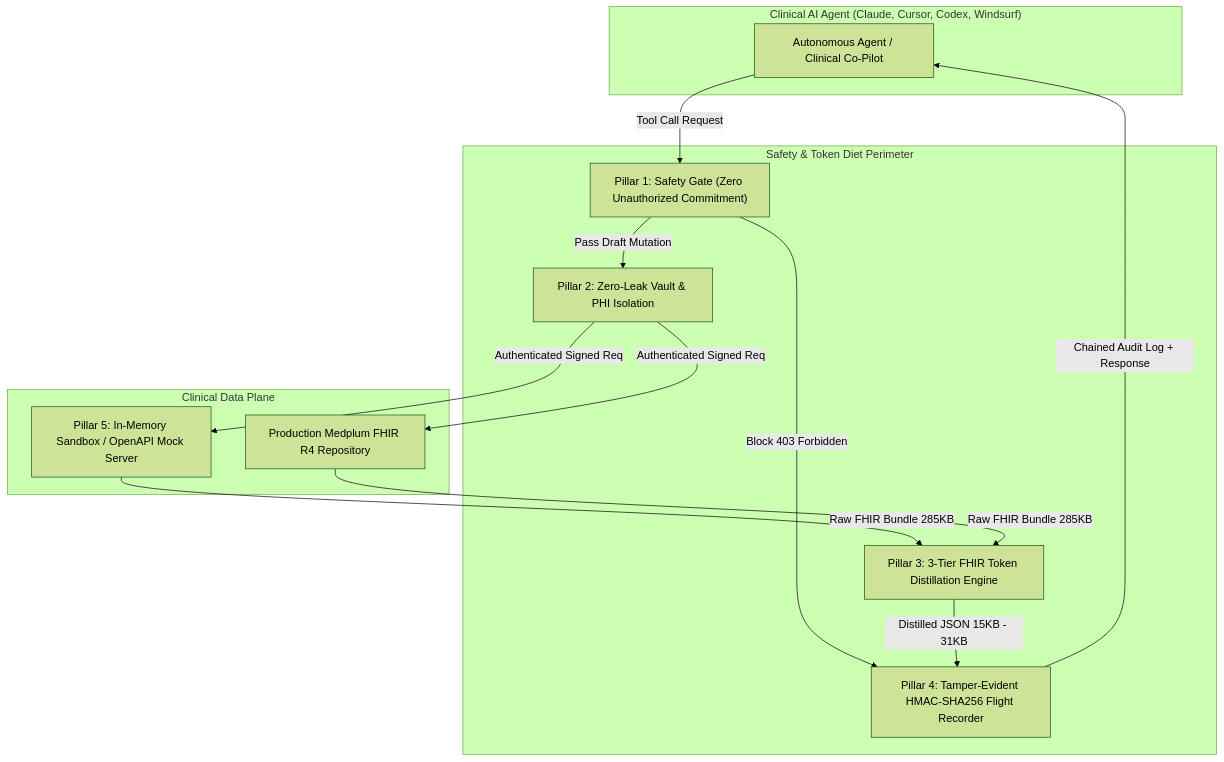
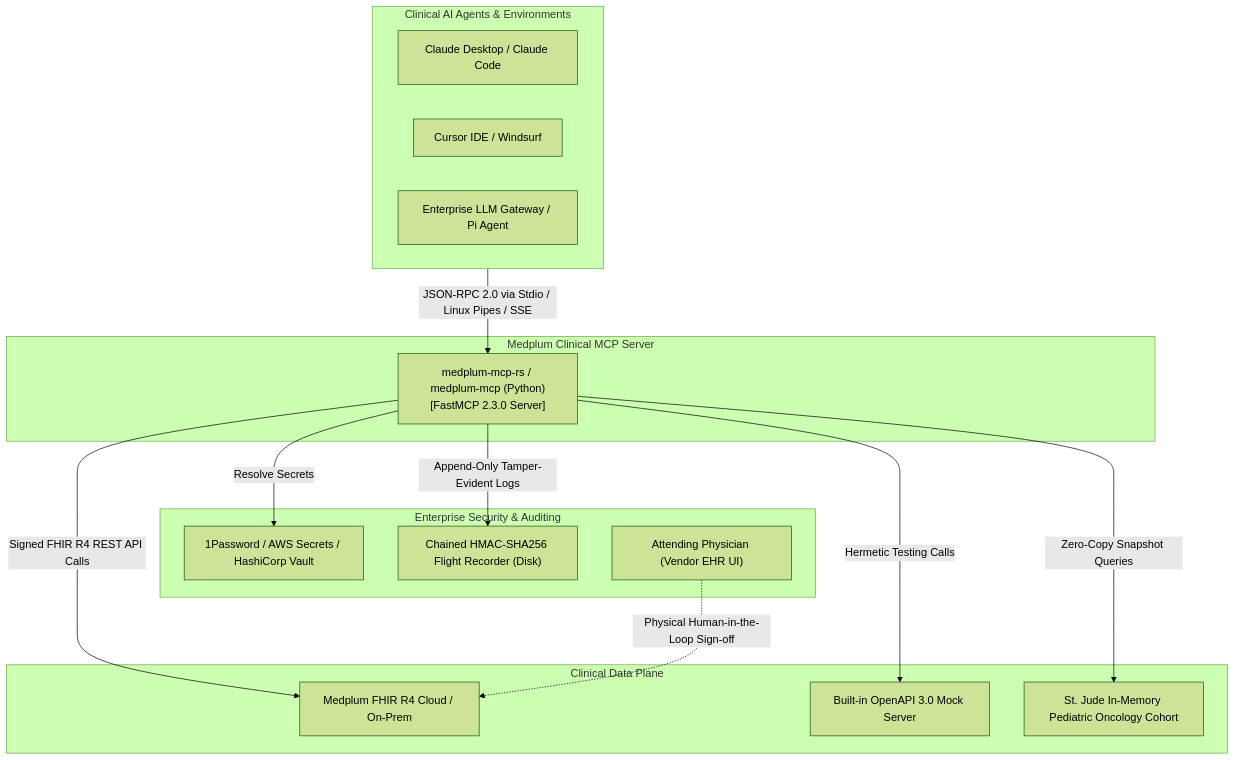
The first of 8 diagrams in docs/ARCHITECTURE.md (LiamDGray/medplum-mcp), drawn with Mermaid (forest theme) before and after one commit. The commit also changed other lines of this file and 3 other files, not shown here.

Commit message:
docs: comprehensive architectural documentation with UML, Mermaid, and ASCII diagrams, 5-tier verification standard, and benchmarks

````diff
--- a/docs/ARCHITECTURE.md
+++ b/docs/ARCHITECTURE.md
@@ -18,28 +27,32 @@
 ```mermaid
 flowchart TD
-    subgraph Client["Clinical AI Agent (Claude, Cursor, Codex, Windsurf)"]
-        Agent[Autonomous Agent / Clinical Co-Pilot]
+    subgraph Clients["Clinical AI Agents & Environments"]
+        AgentClaude["Claude Desktop / Claude Code"]
+        AgentCursor["Cursor IDE / Windsurf"]
+        AgentGateway["Enterprise LLM Gateway / Pi Agent"]
     end
 
-    subgraph Boundary["Safety & Token Diet Perimeter"]
-        Gate["Pillar 1: Safety Gate (Zero Unauthorized Commitment)"]
-        Vault["Pillar 2: Zero-Leak Vault & PHI Isolation"]
-        Distill["Pillar 3: 3-Tier FHIR Token Distillation Engine"]
-        Recorder["Pillar 4: Tamper-Evident HMAC-SHA256 Flight Recorder"]
+    subgraph System["Medplum Clinical MCP Server"]
+        MCP["medplum-mcp-rs / medplum-mcp (Python)\n[FastMCP 2.3.0 Server]"]
     end
 
     subgraph Upstream["Clinical Data Plane"]
-        MockServer["Pillar 5: In-Memory Sandbox / OpenAPI Mock Server"]
-        MedplumCloud["Production Medplum FHIR R4 Repository"]
+        MedplumEHR["Medplum FHIR R4 Cloud / On-Prem"]
+        MockServer["Built-in OpenAPI 3.0 Mock Server"]
+        Sandbox["St. Jude In-Memory Pediatric Oncology Cohort"]
     end
 
-    Agent -->|Tool Call Request| Gate
-    Gate -->|Block 403 Forbidden| Recorder
-    Gate -->|Pass Draft Mutation| Vault
-    Vault -->|Authenticated Signed Req| MockServer
-    Vault -->|Authenticated Signed Req| MedplumCloud
-    MockServer -->|Raw FHIR Bundle 285KB| Distill
-    MedplumCloud -->|Raw FHIR Bundle 285KB| Distill
-    Distill -->|Distilled JSON 15KB - 31KB| Recorder
-    Recorder -->|Chained Audit Log + Response| Agent
+    subgraph Security["Enterprise Security & Auditing"]
+        Vaults["1Password / AWS Secrets / HashiCorp Vault"]
+        AuditDisk["Chained HMAC-SHA256 Flight Recorder (Disk)"]
+        Clinician["Attending Physician (Vendor EHR UI)"]
+    end
+
+    Clients -->|JSON-RPC 2.0 via Stdio / Linux Pipes / SSE| MCP
+    MCP -->|Resolve Secrets| Vaults
+    MCP -->|Append-Only Tamper-Evident Logs| AuditDisk
+    MCP -->|Signed FHIR R4 REST API Calls| MedplumEHR
+    MCP -->|Hermetic Testing Calls| MockServer
+    MCP -->|Zero-Copy Snapshot Queries| Sandbox
+    Clinician -.->|Physical Human-in-the-Loop Sign-off| MedplumEHR
 ```
````
